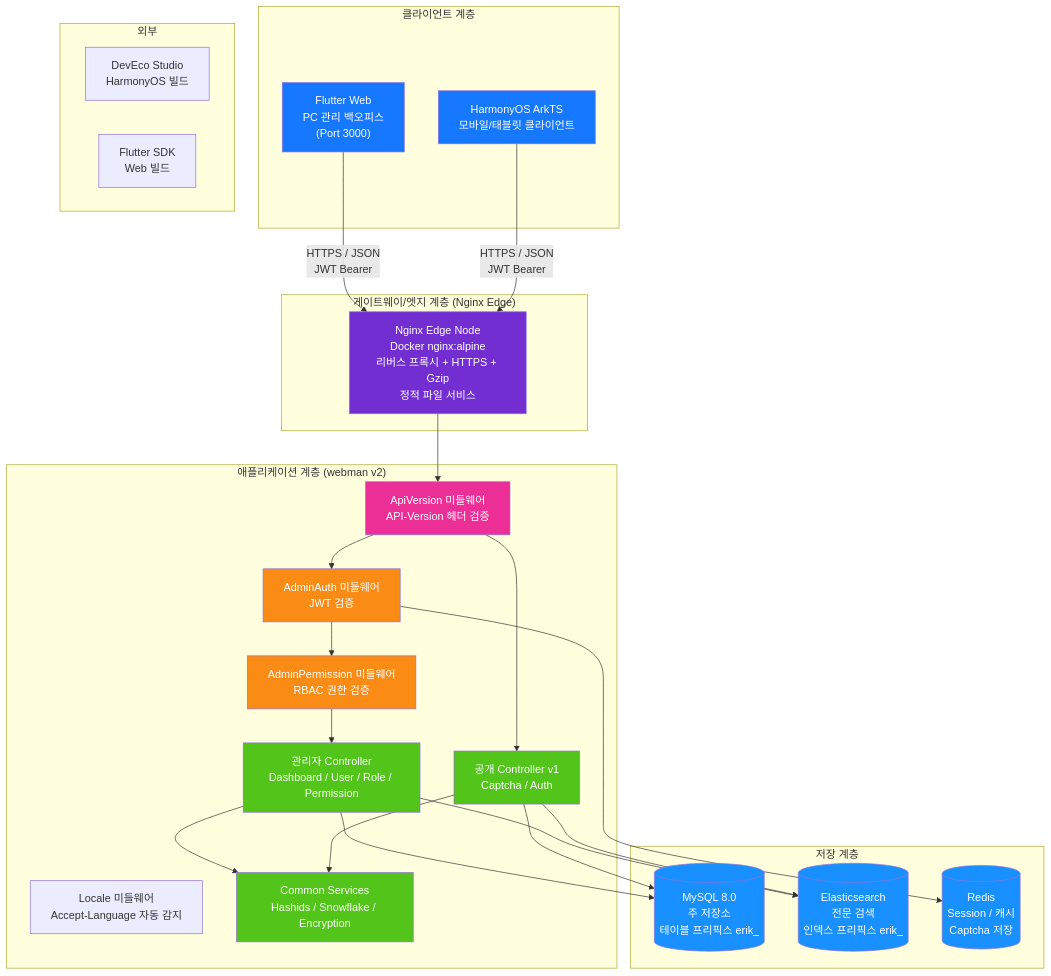
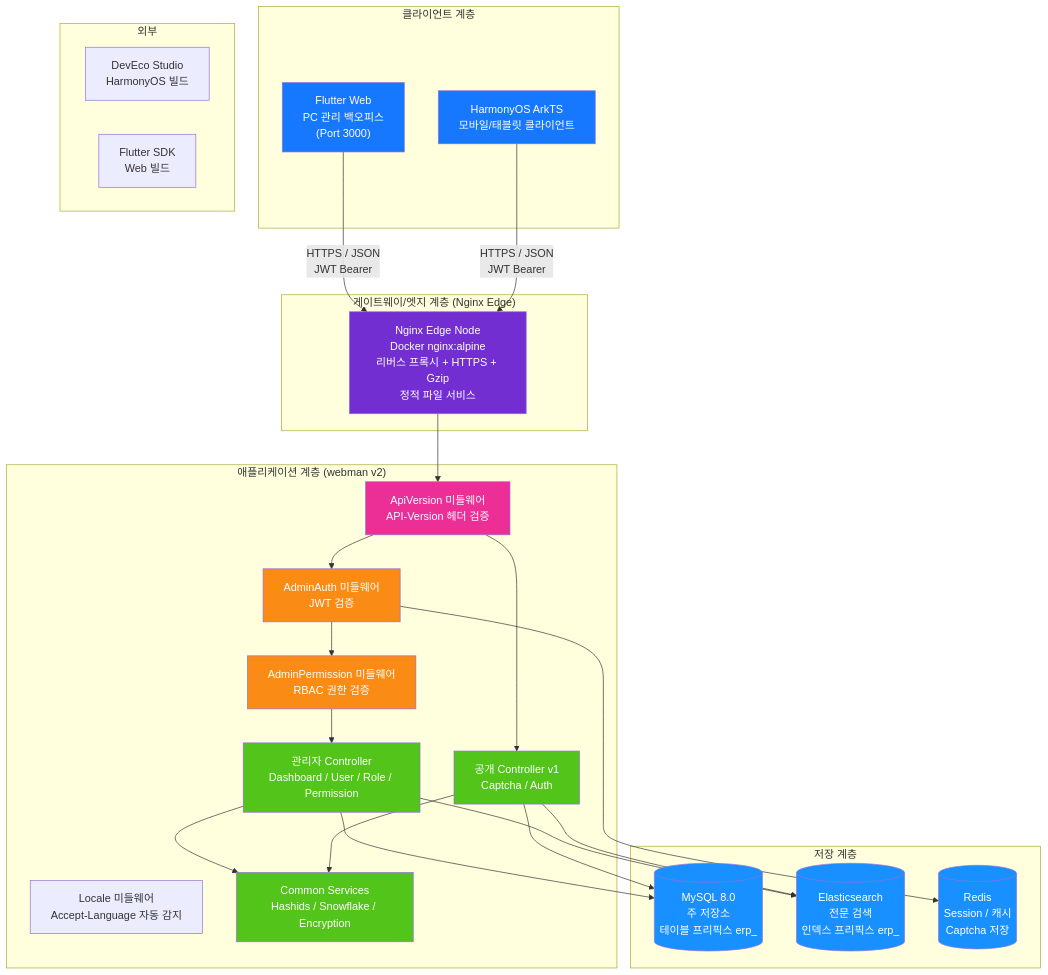
One commit to erikwang2013/erp-php changed the first of 20 diagrams in docs/i18n/ko/ARCHITECTURE.md. Above: the diagram before and after it, drawn with Mermaid. The commit also changed other lines of this file and 449 other files, not shown here.

First line of the commit message:
全局命名统一：数据库 erp、表前缀 erp_、Redis 前缀 erp:（原 erik_/open_admin）

````diff
--- a/docs/i18n/ko/ARCHITECTURE.md
+++ b/docs/i18n/ko/ARCHITECTURE.md
@@ -11,60 +11,60 @@
 ```mermaid
 flowchart TB
     subgraph "클라이언트 계층"
         A1["Flutter Web<br/>PC 관리 백오피스<br/>(Port 3000)"]
         A2["HarmonyOS ArkTS<br/>모바일/태블릿 클라이언트"]
     end
 
     subgraph "게이트웨이/엣지 계층 (Nginx Edge)"
         B1["Nginx Edge Node<br/>Docker nginx:alpine<br/>리버스 프록시 + HTTPS + Gzip<br/>정적 파일 서비스"]
     end
 
     subgraph "애플리케이션 계층 (webman v2)"
         C_LOC["Locale 미들웨어<br/>Accept-Language 자동 감지"]
         C0["ApiVersion 미들웨어<br/>API-Version 헤더 검증"]
         C1["AdminAuth 미들웨어<br/>JWT 검증"]
         C2["AdminPermission 미들웨어<br/>RBAC 권한 검증"]
         C3["관리자 Controller<br/>Dashboard / User / Role / Permission"]
         C4["공개 Controller v1<br/>Captcha / Auth"]
         C5["Common Services<br/>Hashids / Snowflake / Encryption"]
     end
 
     subgraph "저장 계층"
-        D1[("MySQL 8.0<br/>주 저장소<br/>테이블 프리픽스 erik_")]
-        D2[("Elasticsearch<br/>전문 검색<br/>인덱스 프리픽스 erik_")]
+        D1[("MySQL 8.0<br/>주 저장소<br/>테이블 프리픽스 erp_")]
+        D2[("Elasticsearch<br/>전문 검색<br/>인덱스 프리픽스 erp_")]
         D3[("Redis<br/>Session / 캐시<br/>Captcha 저장")]
     end
 
     subgraph "외부"
         E1["DevEco Studio<br/>HarmonyOS 빌드"]
         E2["Flutter SDK<br/>Web 빌드"]
     end
 
     A1 -->|"HTTPS / JSON<br/>JWT Bearer"| B1
     A2 -->|"HTTPS / JSON<br/>JWT Bearer"| B1
     B1 --> C0
     C0 --> C1
     C1 --> C2
     C2 --> C3
     C0 --> C4
     C3 --> C5
     C4 --> C5
     C3 --> D1
     C4 --> D1
     C3 --> D2
     C4 --> D2
     C1 --> D3
 
     style A1 fill:#1677FF,color:#fff
     style A2 fill:#1677FF,color:#fff
     style B1 fill:#722ED1,color:#fff
     style C0 fill:#EB2F96,color:#fff
     style C1 fill:#FA8C16,color:#fff
     style C2 fill:#FA8C16,color:#fff
     style C3 fill:#52C41A,color:#fff
     style C4 fill:#52C41A,color:#fff
     style C5 fill:#52C41A,color:#fff
     style D1 fill:#1890FF,color:#fff
     style D2 fill:#1890FF,color:#fff
     style D3 fill:#1890FF,color:#fff
 ```
````
